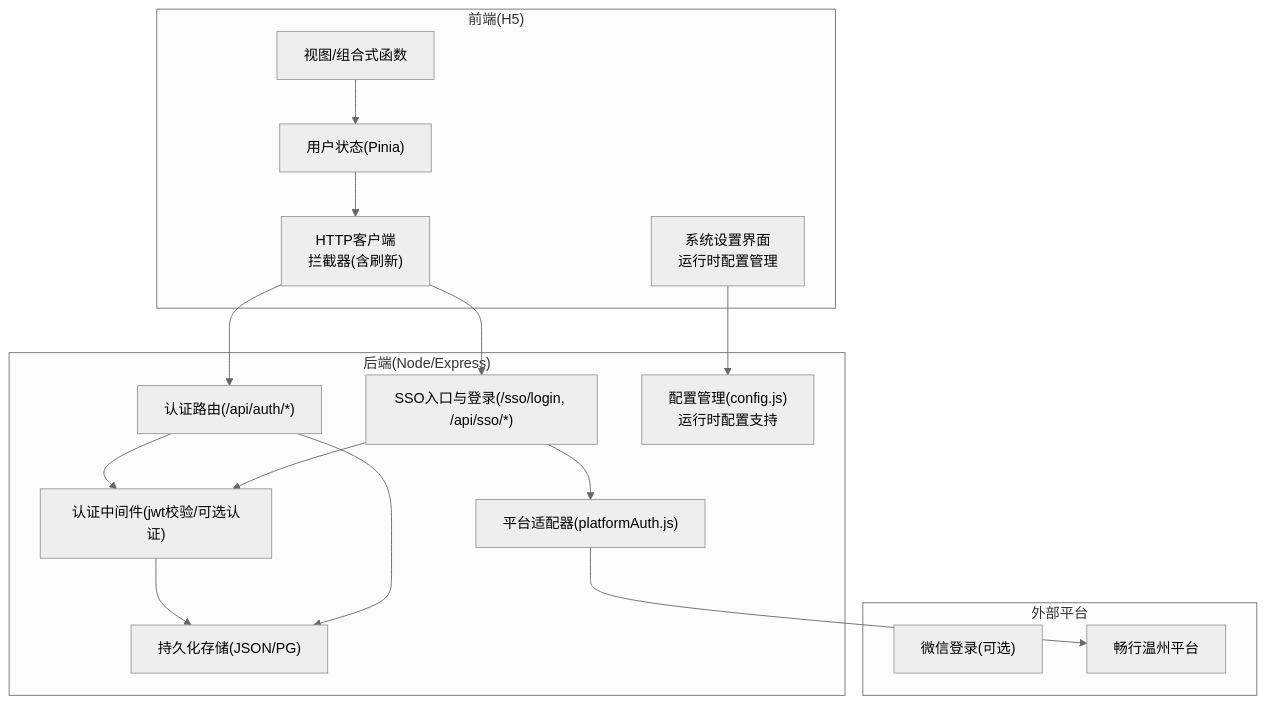
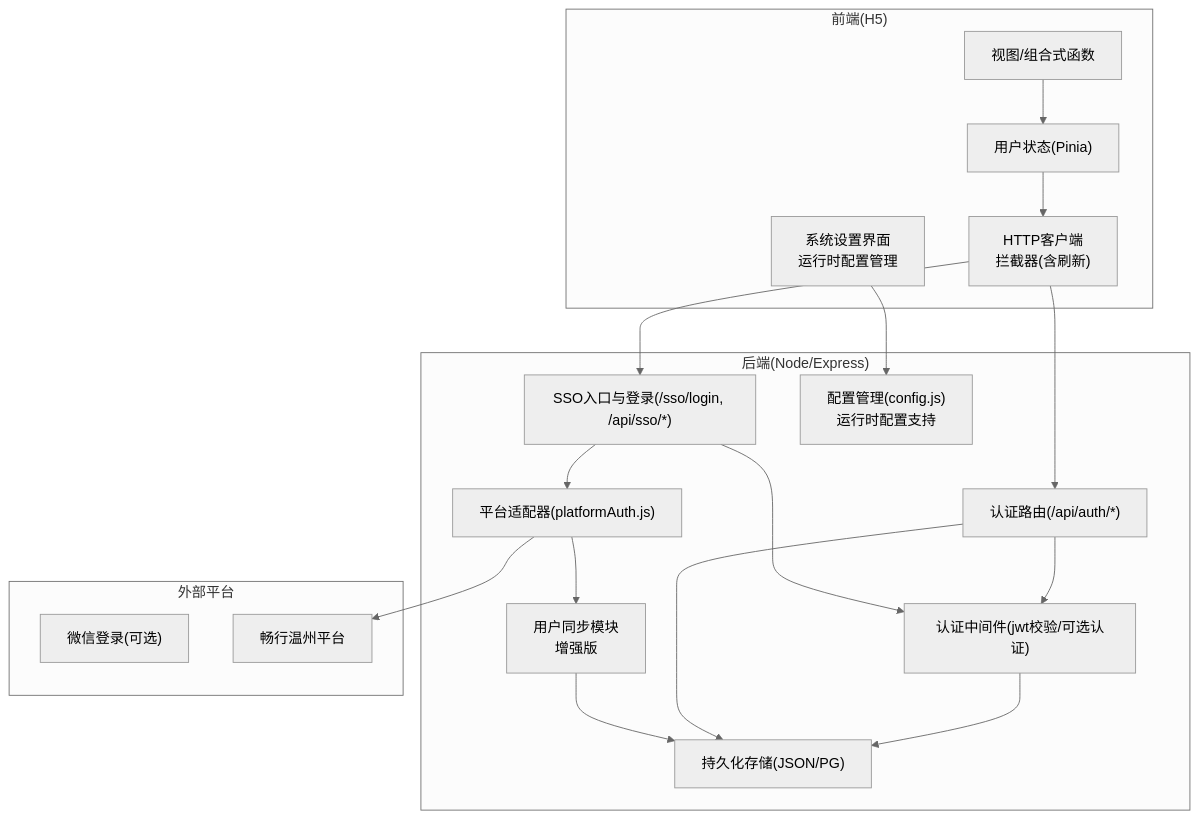
Before and after one commit to Giraffe-Han/microAPP: the first of 9 diagrams in .qoder/repowiki/zh/content/后端服务架构/认证与授权系统/单点登录(SSO)集成.md, drawn with Mermaid (neutral theme). The commit also changed other lines of this file and 42 other files, not shown here.

````diff
--- a/.qoder/repowiki/zh/content/后端服务架构/认证与授权系统/单点登录(SSO)集成.md
+++ b/.qoder/repowiki/zh/content/后端服务架构/认证与授权系统/单点登录(SSO)集成.md
@@ -46,32 +46,35 @@
 ```mermaid
 graph TB
 subgraph "前端(H5)"
 FE_HTTP["HTTP客户端<br/>拦截器(含刷新)"]
 FE_STORE["用户状态(Pinia)"]
 FE_VIEW["视图/组合式函数"]
 FE_SETTINGS["系统设置界面<br/>运行时配置管理"]
 end
 subgraph "后端(Node/Express)"
 ROUTES["认证路由(/api/auth/*)"]
 INDEX_SSO["SSO入口与登录(/sso/login, /api/sso/*)"]
 AUTH_MW["认证中间件(jwt校验/可选认证)"]
 STORAGE["持久化存储(JSON/PG)"]
 CONFIG["配置管理(config.js)<br/>运行时配置支持"]
 PLATFORM["平台适配器(platformAuth.js)"]
+USER_SYNC["用户同步模块<br/>增强版"]
 end
 subgraph "外部平台"
 WENXIN["微信登录(可选)"]
 CHANGXING["畅行温州平台"]
 end
 FE_HTTP --> ROUTES
 FE_HTTP --> INDEX_SSO
 ROUTES --> AUTH_MW
 INDEX_SSO --> AUTH_MW
 AUTH_MW --> STORAGE
 ROUTES --> STORAGE
 INDEX_SSO --> PLATFORM
 PLATFORM --> CHANGXING
+PLATFORM --> USER_SYNC
+USER_SYNC --> STORAGE
 FE_STORE --> FE_HTTP
 FE_VIEW --> FE_STORE
 FE_SETTINGS --> CONFIG
 ```
````
